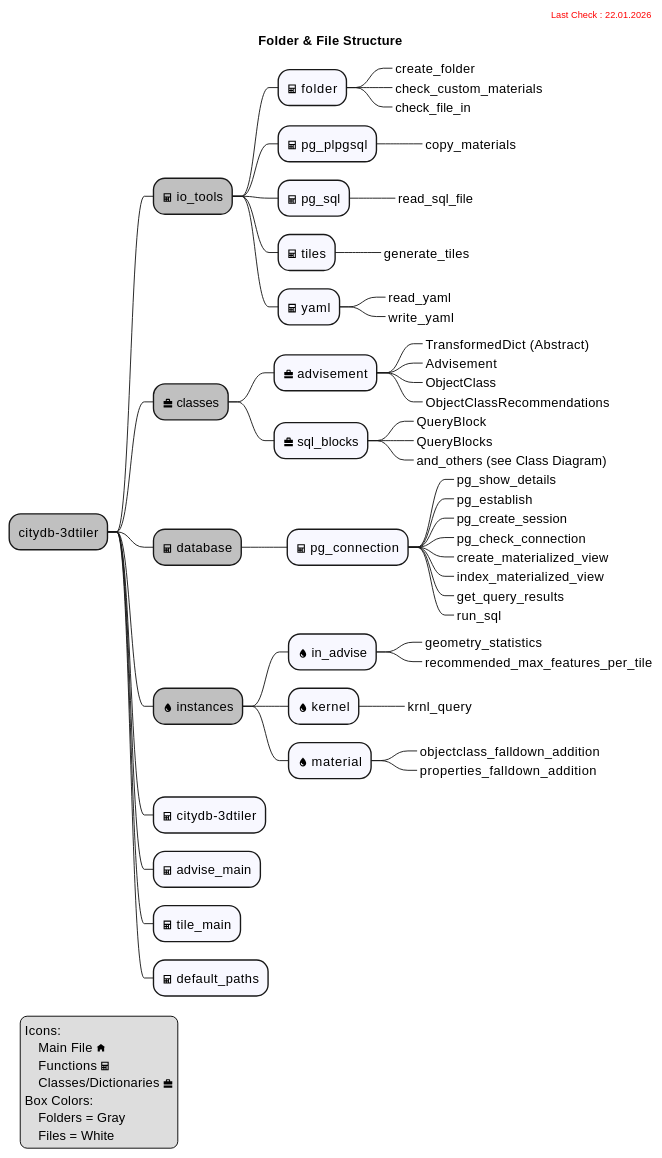
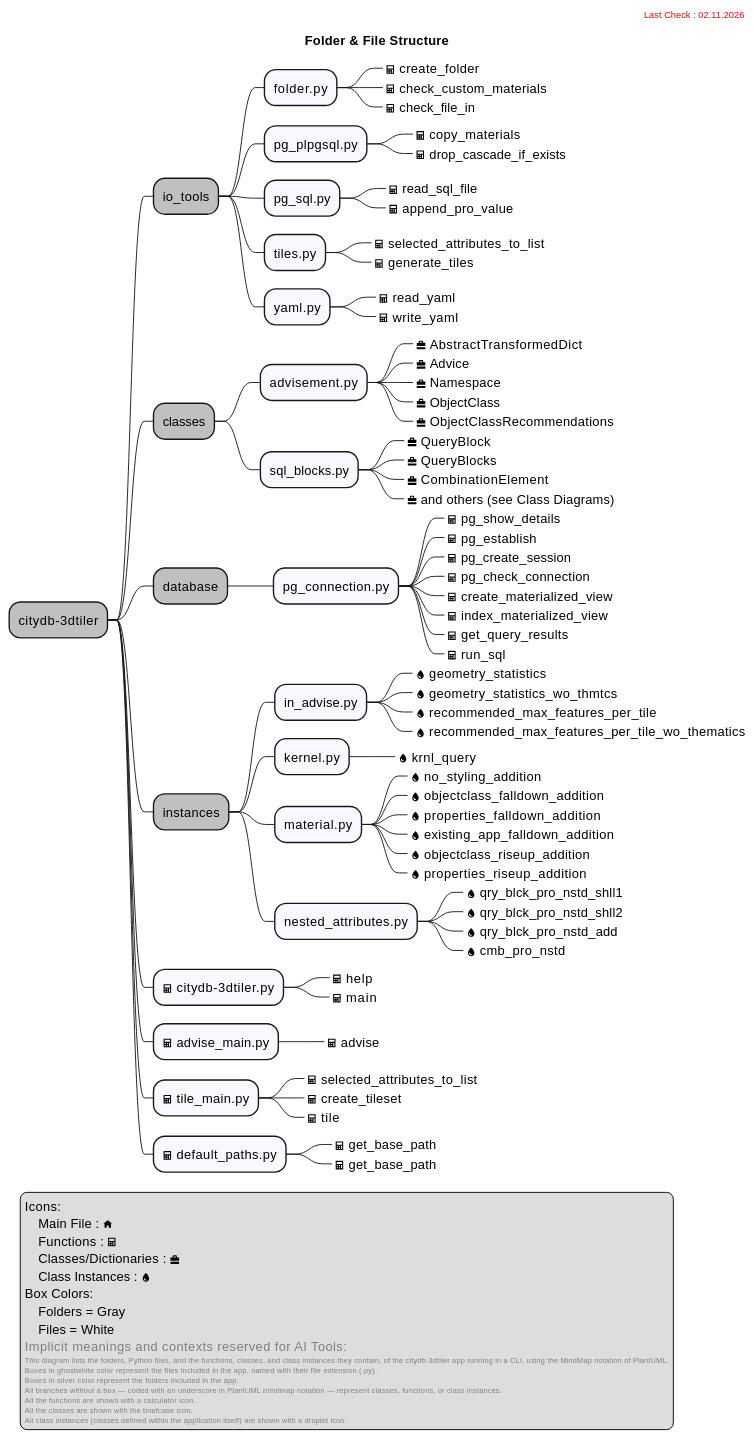
Before and after one commit to 3dcitydb/3dcitydb-mkdocs: the diagram in docs/citydb-3dtiler/includes/file_structure.md, drawn with PlantUML. The commit also changed 40 other files, not shown here.

````diff
--- a/docs/citydb-3dtiler/includes/file_structure.md
+++ b/docs/citydb-3dtiler/includes/file_structure.md
@@ -6,64 +6,97 @@
 @startmindmap
 title Folder & File Structure
 right header
-<font color=red size=10> Last Check : 22.01.2026</font>
+<font color=red size=10> Last Check : 02.11.2026</font>
 endheader
 *[#silver] citydb-3dtiler
-**[#silver] <&calculator> io_tools
-***[#ghostwhite] <&calculator> folder
-****_ create_folder
-****_ check_custom_materials
-****_ check_file_in
-***[#ghostwhite] <&calculator> pg_plpgsql
-****_ copy_materials
-***[#ghostwhite] <&calculator> pg_sql
-****_ read_sql_file
-***[#ghostwhite] <&calculator> tiles
-****_ generate_tiles
-***[#ghostwhite] <&calculator> yaml
-****_ read_yaml
-****_ write_yaml
-**[#silver] <&briefcase> classes
-***[#ghostwhite] <&briefcase> advisement
-****_ TransformedDict (Abstract)
-****_ Advisement
-****_ ObjectClass
-****_ ObjectClassRecommendations
-***[#ghostwhite] <&briefcase> sql_blocks
-****_ QueryBlock
-****_ QueryBlocks
-****_ and_others (see Class Diagram)
-**[#silver] <&calculator> database
-***[#ghostwhite] <&calculator> pg_connection
-****_ pg_show_details
-****_ pg_establish
-****_ pg_create_session
-****_ pg_check_connection
-****_ create_materialized_view
-****_ index_materialized_view
-****_ get_query_results
-****_ run_sql
-**[#silver] <&droplet> instances
-***[#ghostwhite] <&droplet> in_advise
-****_ geometry_statistics
-****_ recommended_max_features_per_tile
-***[#ghostwhite] <&droplet> kernel
-****_ krnl_query
-***[#ghostwhite] <&droplet> material
-****_ objectclass_falldown_addition
-****_ properties_falldown_addition
-**[#ghostwhite] <&calculator> citydb-3dtiler
-**[#ghostwhite] <&calculator> advise_main
-**[#ghostwhite] <&calculator> tile_main
-**[#ghostwhite] <&calculator> default_paths
+**[#silver] io_tools
+***[#ghostwhite] folder.py
+****_ <&calculator> create_folder
+****_ <&calculator> check_custom_materials
+****_ <&calculator> check_file_in
+***[#ghostwhite] pg_plpgsql.py
+****_ <&calculator> copy_materials
+****_ <&calculator> drop_cascade_if_exists
+***[#ghostwhite] pg_sql.py
+****_ <&calculator> read_sql_file
+****_ <&calculator> append_pro_value
+***[#ghostwhite] tiles.py
+****_ <&calculator> selected_attributes_to_list
+****_ <&calculator> generate_tiles
+***[#ghostwhite] yaml.py
+****_ <&calculator> read_yaml
+****_ <&calculator> write_yaml
+**[#silver] classes
+***[#ghostwhite] advisement.py
+****_ <&briefcase> AbstractTransformedDict
+****_ <&briefcase> Advice
+****_ <&briefcase> Namespace
+****_ <&briefcase> ObjectClass
+****_ <&briefcase> ObjectClassRecommendations
+***[#ghostwhite] sql_blocks.py
+****_ <&briefcase> QueryBlock 
+****_ <&briefcase> QueryBlocks
+****_ <&briefcase> CombinationElement
+****_ <&briefcase> and others (see Class Diagrams)
+**[#silver] database
+***[#ghostwhite] pg_connection.py
+****_ <&calculator> pg_show_details
+****_ <&calculator> pg_establish
+****_ <&calculator> pg_create_session
+****_ <&calculator> pg_check_connection
+****_ <&calculator> create_materialized_view
+****_ <&calculator> index_materialized_view
+****_ <&calculator> get_query_results
+****_ <&calculator> run_sql
+**[#silver] instances
+***[#ghostwhite] in_advise.py
+****_ <&droplet> geometry_statistics
+****_ <&droplet> geometry_statistics_wo_thmtcs
+****_ <&droplet> recommended_max_features_per_tile
+****_ <&droplet> recommended_max_features_per_tile_wo_thematics
+***[#ghostwhite] kernel.py
+****_ <&droplet> krnl_query
+***[#ghostwhite] material.py
+****_ <&droplet> no_styling_addition
+****_ <&droplet> objectclass_falldown_addition
+****_ <&droplet> properties_falldown_addition
+****_ <&droplet> existing_app_falldown_addition
+****_ <&droplet> objectclass_riseup_addition
+****_ <&droplet> properties_riseup_addition
+***[#ghostwhite] nested_attributes.py
+****_ <&droplet> qry_blck_pro_nstd_shll1
+****_ <&droplet> qry_blck_pro_nstd_shll2
+****_ <&droplet> qry_blck_pro_nstd_add
+****_ <&droplet> cmb_pro_nstd
+**[#ghostwhite] <&calculator> citydb-3dtiler.py
+***_ <&calculator> help
+***_ <&calculator> main
+**[#ghostwhite] <&calculator> advise_main.py
+***_ <&calculator> advise
+**[#ghostwhite] <&calculator> tile_main.py
+***_ <&calculator> selected_attributes_to_list
+***_ <&calculator> create_tileset
+***_ <&calculator> tile
+**[#ghostwhite] <&calculator> default_paths.py
+***_ <&calculator> get_base_path
+***_ <&calculator> get_base_path
 legend left
     Icons:
-        Main File <&home>
-        Functions <&calculator>
-        Classes/Dictionaries <&briefcase>
+        Main File : <&home>
+        Functions : <&calculator>
+        Classes/Dictionaries : <&briefcase>
+        Class Instances : <&droplet>
     Box Colors:
         Folders = Gray
         Files = White
+    <font color=gray>Implicit meanings and contexts reserved for AI Tools:</font>
+    <font size=8 color=gray>This diagram lists the folders, Python files, and the functions, classes, and class instances they contain, of the citydb-3dtiler app running in a CLI, using the MindMap notation of PlantUML.</font>
+    <font size=8 color=gray>Boxes in ghostwhite color represent the files included in the app, named with their file extension (.py).</font>
+    <font size=8 color=gray>Boxes in silver color represent the folders included in the app.</font>
+    <font size=8 color=gray>All branches without a box — coded with an underscore in PlantUML mindmap notation — represent classes, functions, or class instances.</font>
+    <font size=8 color=gray>All the functions are shown with a calculator icon.</font>
+    <font size=8 color=gray>All the classes are shown with the briefcase icon.</font>
+    <font size=8 color=gray>All class instances (classes defined within the application itself) are shown with a droplet icon.</font>
 endlegend
 @endmindmap
 ```
````
